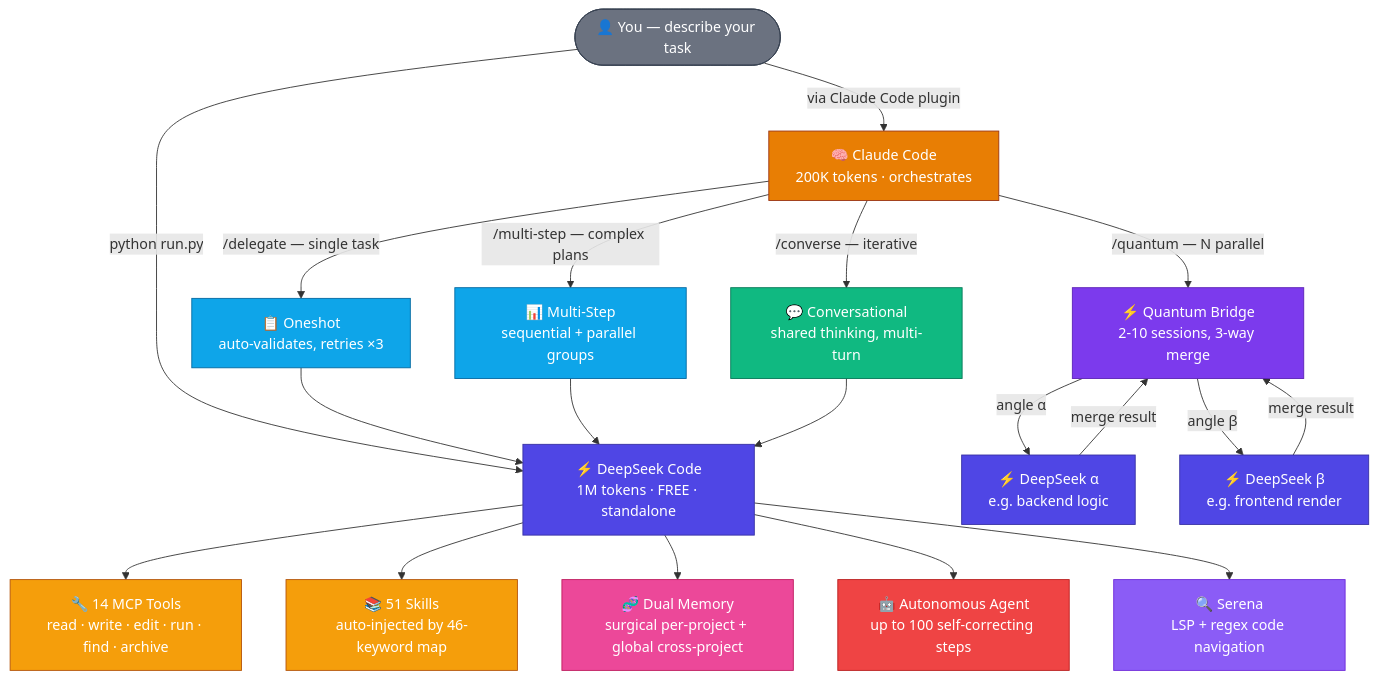
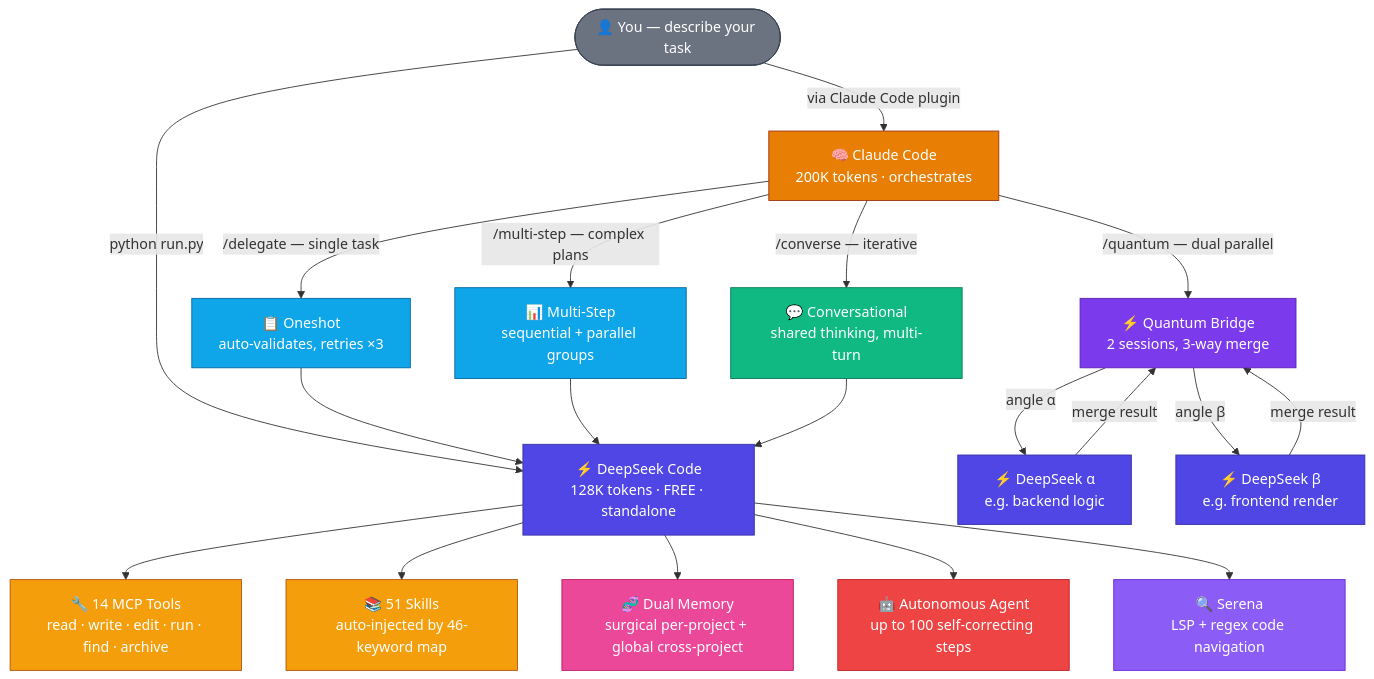
The second of 4 diagrams in README.md (Galidar/DeepSeekCode), drawn with Mermaid before and after one commit. The commit also changed other lines of this file and 7 other files, not shown here.

First line of the commit message:
Corregir documentacion: fact-check contra specs reales de DeepSeek V3.2

````diff
--- a/README.md
+++ b/README.md
@@ -129,41 +128,41 @@
 ```mermaid
 graph TB
     User(["👤 You — describe your task"])
 
-    User -->|"python run.py"| DS["⚡ DeepSeek Code<br/>1M tokens · FREE · standalone"]
+    User -->|"python run.py"| DS["⚡ DeepSeek Code<br/>128K tokens · FREE · standalone"]
     User -->|"via Claude Code plugin"| CC["🧠 Claude Code<br/>200K tokens · orchestrates"]
 
     CC -->|"/delegate — single task"| DEL["📋 Oneshot<br/>auto-validates, retries ×3"]
-    CC -->|"/quantum — N parallel"| QB["⚡ Quantum Bridge<br/>2-10 sessions, 3-way merge"]
+    CC -->|"/quantum — dual parallel"| QB["⚡ Quantum Bridge<br/>2 sessions, 3-way merge"]
     CC -->|"/multi-step — complex plans"| MS["📊 Multi-Step<br/>sequential + parallel groups"]
     CC -->|"/converse — iterative"| CV["💬 Conversational<br/>shared thinking, multi-turn"]
 
     DEL --> DS
     QB -->|"angle α"| DSA["⚡ DeepSeek α<br/>e.g. backend logic"]
     QB -->|"angle β"| DSB["⚡ DeepSeek β<br/>e.g. frontend render"]
     DSA -->|"merge result"| QB
     DSB -->|"merge result"| QB
     MS --> DS
     CV --> DS
 
     DS --> TOOLS["🔧 14 MCP Tools<br/>read · write · edit · run · find · archive"]
     DS --> SKILLS["📚 51 Skills<br/>auto-injected by 46-keyword map"]
     DS --> MEM["🧬 Dual Memory<br/>surgical per-project + global cross-project"]
     DS --> AGENT["🤖 Autonomous Agent<br/>up to 100 self-correcting steps"]
     DS --> SERENA["🔍 Serena<br/>LSP + regex code navigation"]
 
     style User fill:#6B7280,stroke:#374151,color:#fff
     style CC fill:#E87E04,stroke:#9A3412,color:#fff
     style DS fill:#4F46E5,stroke:#3730A3,color:#fff
     style DSA fill:#4F46E5,stroke:#3730A3,color:#fff
     style DSB fill:#4F46E5,stroke:#3730A3,color:#fff
     style DEL fill:#0EA5E9,stroke:#0369A1,color:#fff
     style QB fill:#7C3AED,stroke:#5B21B6,color:#fff
     style MS fill:#0EA5E9,stroke:#0369A1,color:#fff
     style CV fill:#10B981,stroke:#047857,color:#fff
     style TOOLS fill:#F59E0B,stroke:#B45309,color:#fff
     style SKILLS fill:#F59E0B,stroke:#B45309,color:#fff
     style MEM fill:#EC4899,stroke:#BE185D,color:#fff
     style AGENT fill:#EF4444,stroke:#B91C1C,color:#fff
     style SERENA fill:#8B5CF6,stroke:#6D28D9,color:#fff
 ```
````
